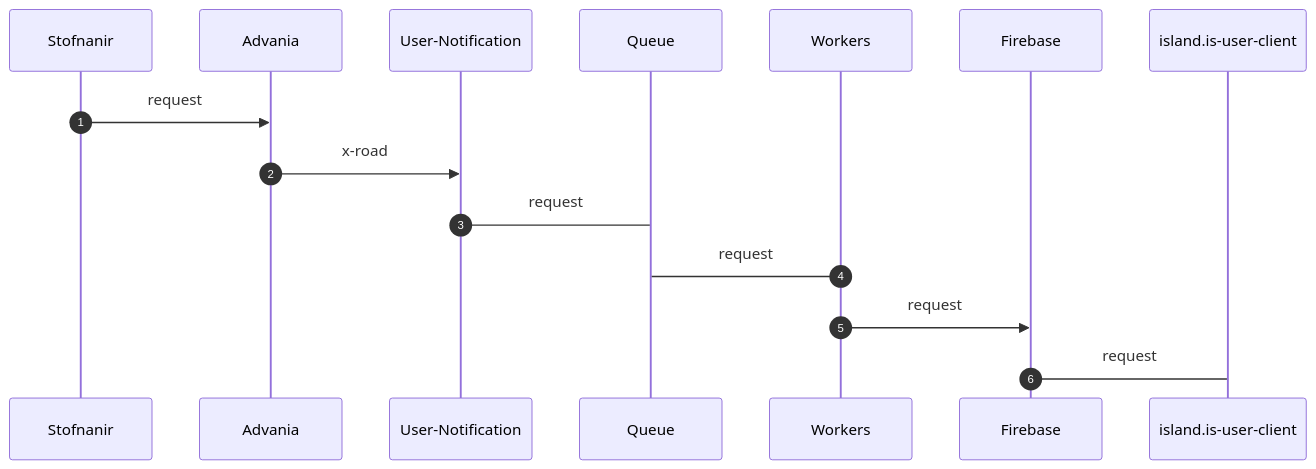
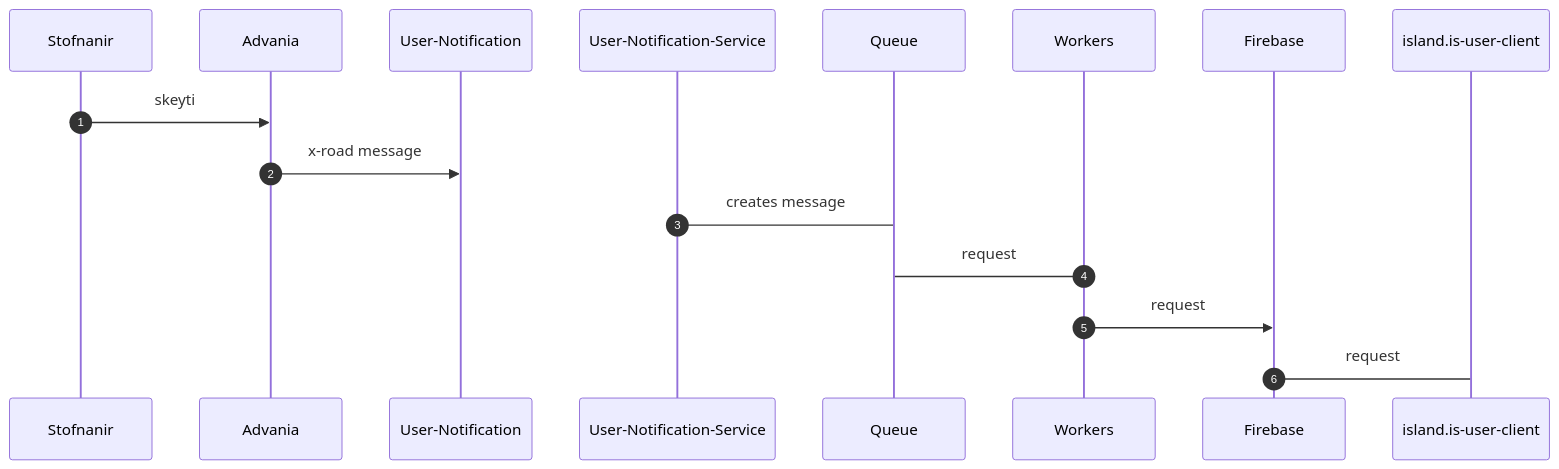
The diagram in hnipp.md (rafnarnason/bookish-fiesta), drawn with Mermaid before and after one commit.

````diff
--- a/hnipp.md
+++ b/hnipp.md
@@ -1,13 +1,13 @@
 ```mermaid
 sequenceDiagram
     autonumber
-    Stofnanir->>Advania:request
-    Advania->>User-Notification:x-road
-    User-Notification->Queue:request
+    Stofnanir->>Advania:skeyti
+    Advania->>User-Notification:x-road message
+    User-Notification-Service->Queue:creates message
     Workers->Queue:request
     Workers->>Firebase:request
     Firebase->island.is-user-client:request
     
     
    
 ```
````
